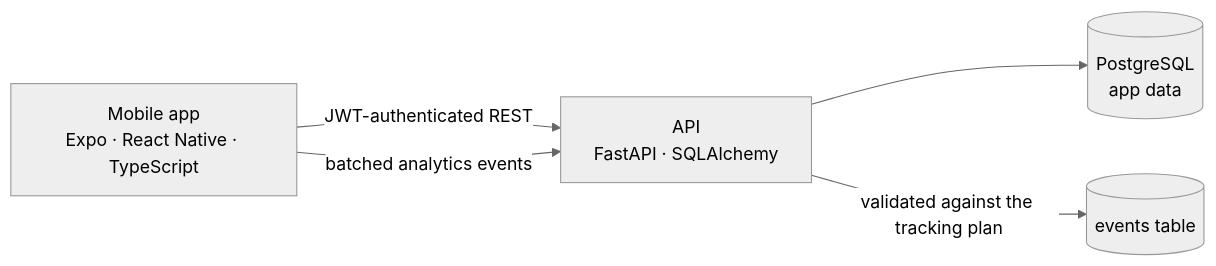
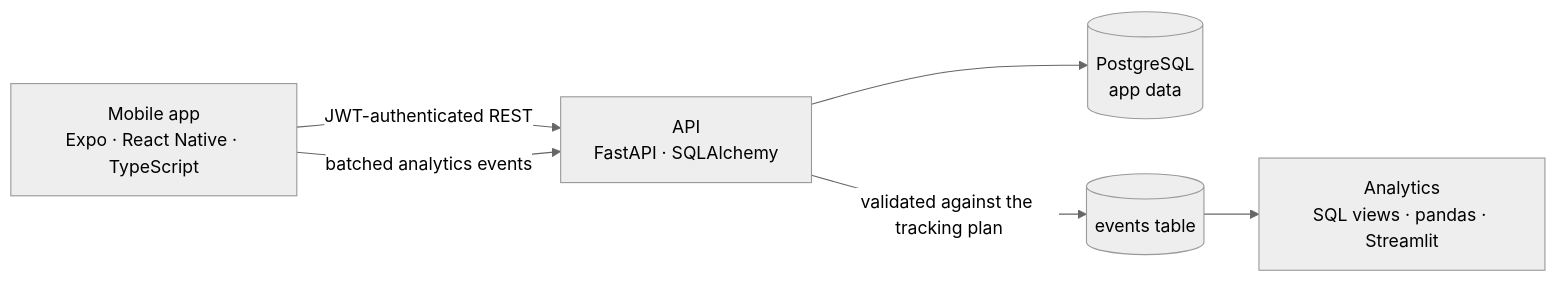
The diagram in README.md (Mariam-Fathi/homi), drawn with Mermaid (neutral theme) before and after one commit. The commit also changed other lines of this file and 1 other file, not shown here.

````diff
--- a/README.md
+++ b/README.md
@@ -15,12 +15,15 @@
 ```mermaid
 flowchart LR
     app["Mobile app<br/>Expo · React Native · TypeScript"]
     api["API<br/>FastAPI · SQLAlchemy"]
     db[("PostgreSQL<br/>app data")]
     events[("events table")]
 
+    analytics["Analytics<br/>SQL views · pandas · Streamlit"]
+
     app -- "JWT-authenticated REST" --> api
     app -- "batched analytics events" --> api
     api --> db
     api -- "validated against the tracking plan" --> events
+    events --> analytics
 ```
````
